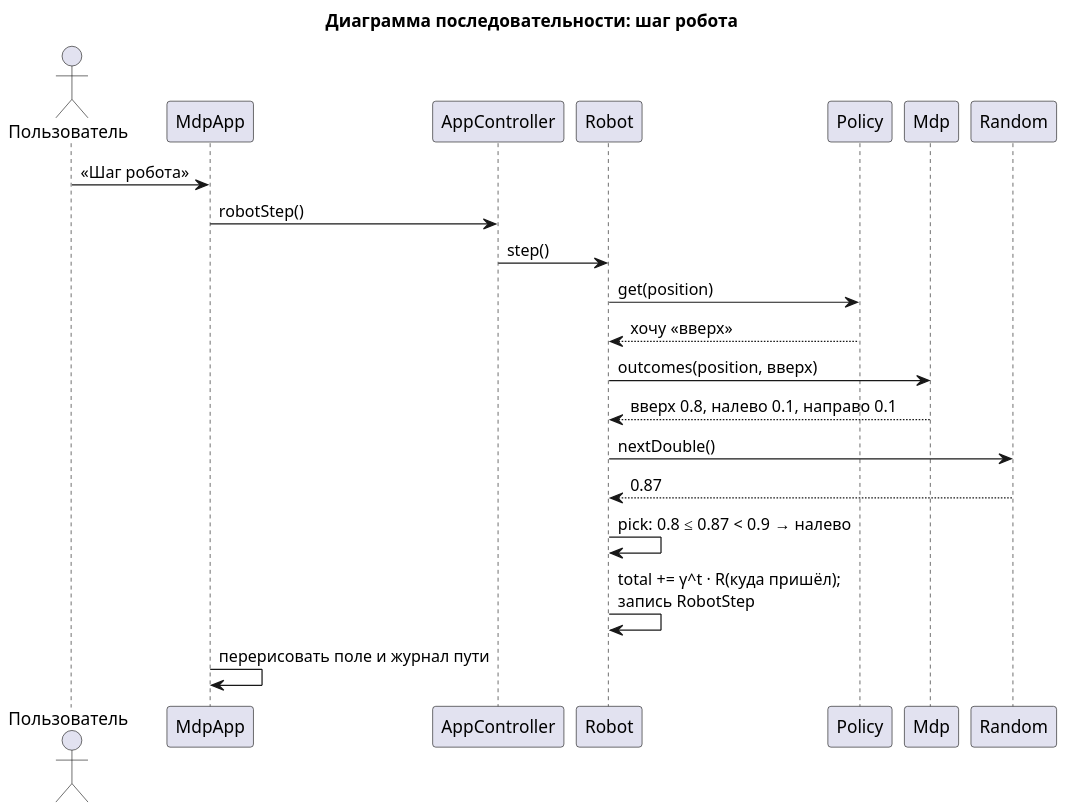
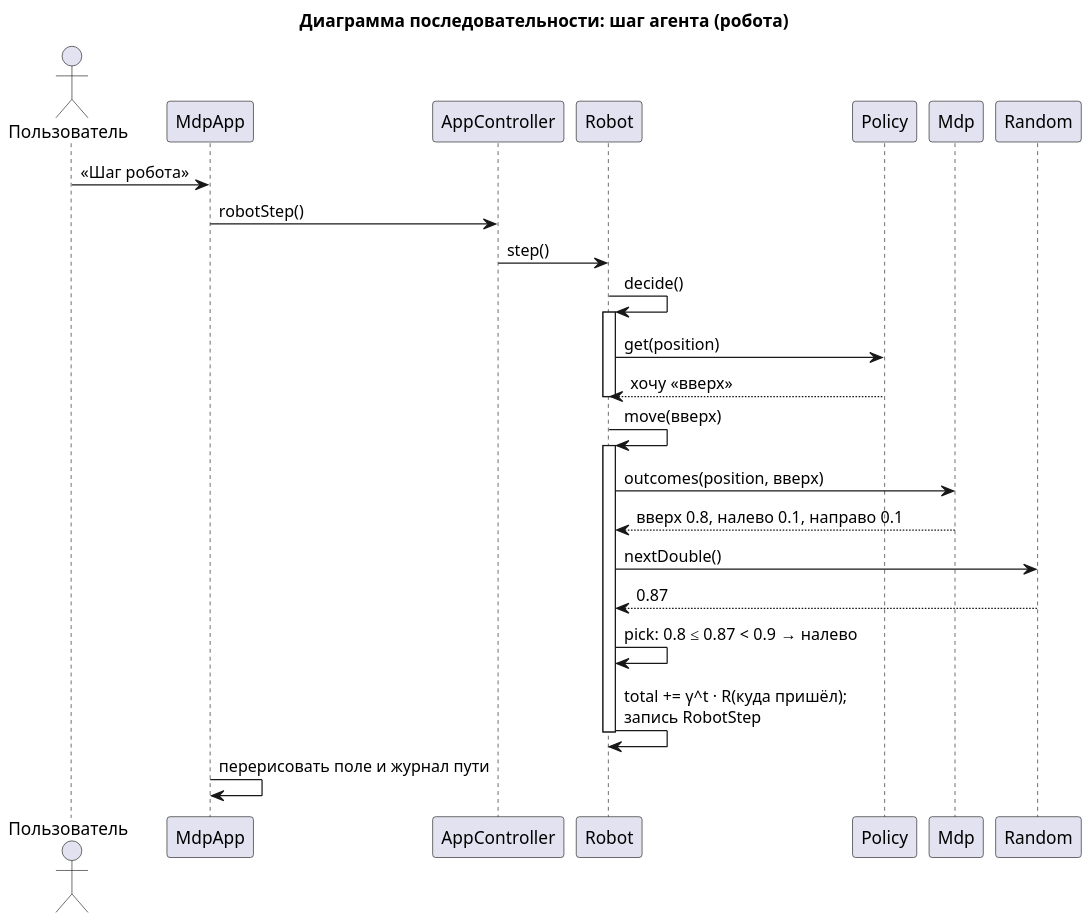
One commit to azamnz/stochastic-grid changed the diagram in docs/uml/sequence_robot.puml. Above: the diagram before and after it, drawn with PlantUML. The commit also changed 18 other files, not shown here.

```diff
--- a/docs/uml/sequence_robot.puml
+++ b/docs/uml/sequence_robot.puml
@@ -1,28 +1,34 @@
 @startuml sequence_robot
 !pragma layout smetana
 skinparam dpi 150
 skinparam defaultFontName Arial
 skinparam shadowing false
-title Диаграмма последовательности: шаг робота
+title Диаграмма последовательности: шаг агента (робота)
 
 actor Пользователь as user
 participant MdpApp as app
 participant AppController as c
 participant Robot as r
 participant Policy as p
 participant Mdp as mdp
 participant Random as rnd
 
 user -> app : «Шаг робота»
 app -> c : robotStep()
 c -> r : step()
+r -> r : decide()
+activate r
 r -> p : get(position)
 p --> r : хочу «вверх»
+deactivate r
+r -> r : move(вверх)
+activate r
 r -> mdp : outcomes(position, вверх)
 mdp --> r : вверх 0.8, налево 0.1, направо 0.1
 r -> rnd : nextDouble()
 rnd --> r : 0.87
 r -> r : pick: 0.8 ≤ 0.87 < 0.9 → налево
 r -> r : total += γ^t · R(куда пришёл);\nзапись RobotStep
+deactivate r
 app -> app : перерисовать поле и журнал пути
 @enduml
```
